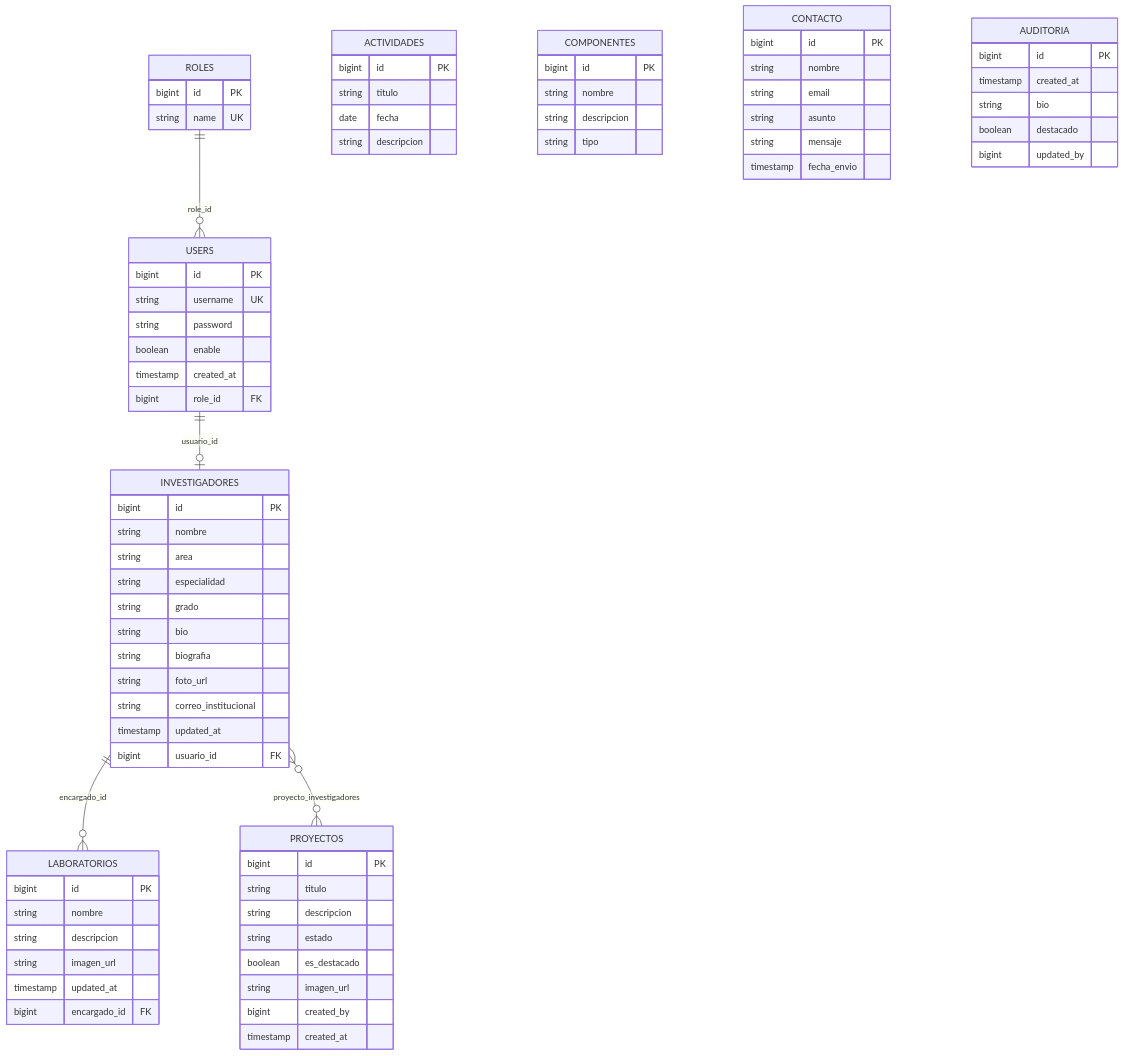
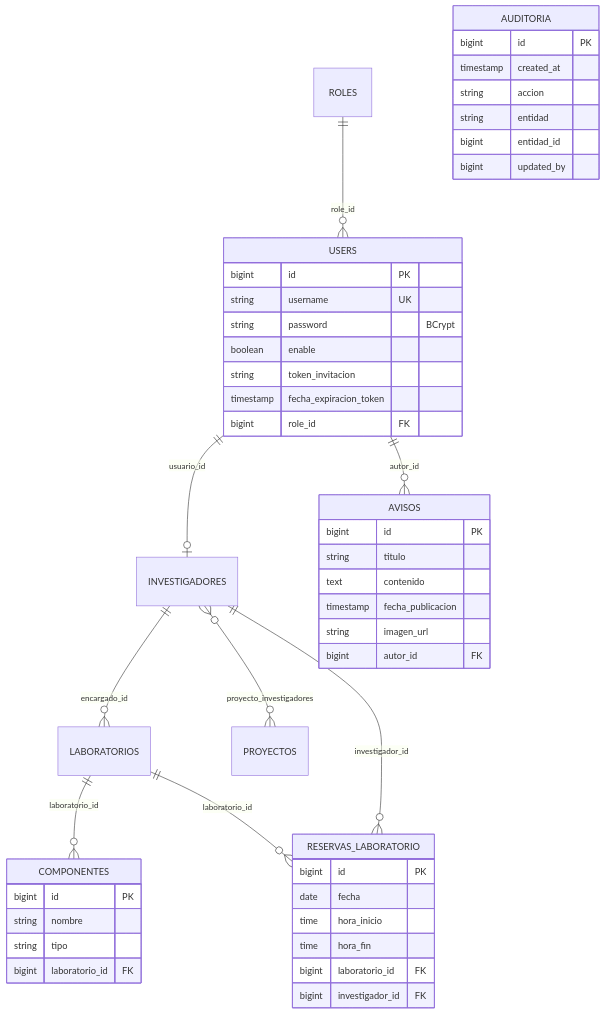
Before and after one commit to jazmindt29/back-end-IER: the second of 2 diagrams in PROJECT_CONTEXT.md, drawn with Mermaid. The commit also changed other lines of this file and 97 other files, not shown here.

````diff
--- a/PROJECT_CONTEXT.md
+++ b/PROJECT_CONTEXT.md
@@ -240,78 +195,51 @@
 ```mermaid
 erDiagram
     ROLES ||--o{ USERS : "role_id"
     USERS ||--o| INVESTIGADORES : "usuario_id"
+    USERS ||--o{ AVISOS : "autor_id"
     INVESTIGADORES ||--o{ LABORATORIOS : "encargado_id"
     INVESTIGADORES }o--o{ PROYECTOS : "proyecto_investigadores"
+    LABORATORIOS ||--o{ COMPONENTES : "laboratorio_id"
+    LABORATORIOS ||--o{ RESERVAS_LABORATORIO : "laboratorio_id"
+    INVESTIGADORES ||--o{ RESERVAS_LABORATORIO : "investigador_id"
 
-    ROLES {
-        bigint id PK
-        string name UK
-    }
     USERS {
         bigint id PK
         string username UK
-        string password
+        string password "BCrypt"
         boolean enable
-        timestamp created_at
+        string token_invitacion
+        timestamp fecha_expiracion_token
         bigint role_id FK
     }
-    INVESTIGADORES {
+    RESERVAS_LABORATORIO {
         bigint id PK
-        string nombre
-        string area
-        string especialidad
-        string grado
-        string bio
-        string biografia
-        string foto_url
-        string correo_institucional
-        timestamp updated_at
-        bigint usuario_id FK
+        date fecha
+        time hora_inicio
+        time hora_fin
+        bigint laboratorio_id FK
+        bigint investigador_id FK
     }
-    LABORATORIOS {
-        bigint id PK
-        string nombre
-        string descripcion
-        string imagen_url
-        timestamp updated_at
-        bigint encargado_id FK
-    }
-    PROYECTOS {
+    AVISOS {
         bigint id PK
         string titulo
-        string descripcion
-        string estado
-        boolean es_destacado
+        text contenido
+        timestamp fecha_publicacion
         string imagen_url
-        bigint created_by
+        bigint autor_id FK
+    }
+    AUDITORIA {
+        bigint id PK
         timestamp created_at
-    }
-    ACTIVIDADES {
-        bigint id PK
-        string titulo
-        date fecha
-        string descripcion
+        string accion
+        string entidad
+        bigint entidad_id
+        bigint updated_by
     }
     COMPONENTES {
         bigint id PK
         string nombre
-        string descripcion
         string tipo
-    }
-    CONTACTO {
-        bigint id PK
-        string nombre
-        string email
-        string asunto
-        string mensaje
-        timestamp fecha_envio
-    }
-    AUDITORIA {
-        bigint id PK
-        timestamp created_at
-        string bio
-        boolean destacado
-        bigint updated_by
+        bigint laboratorio_id FK
     }
 ```
````
